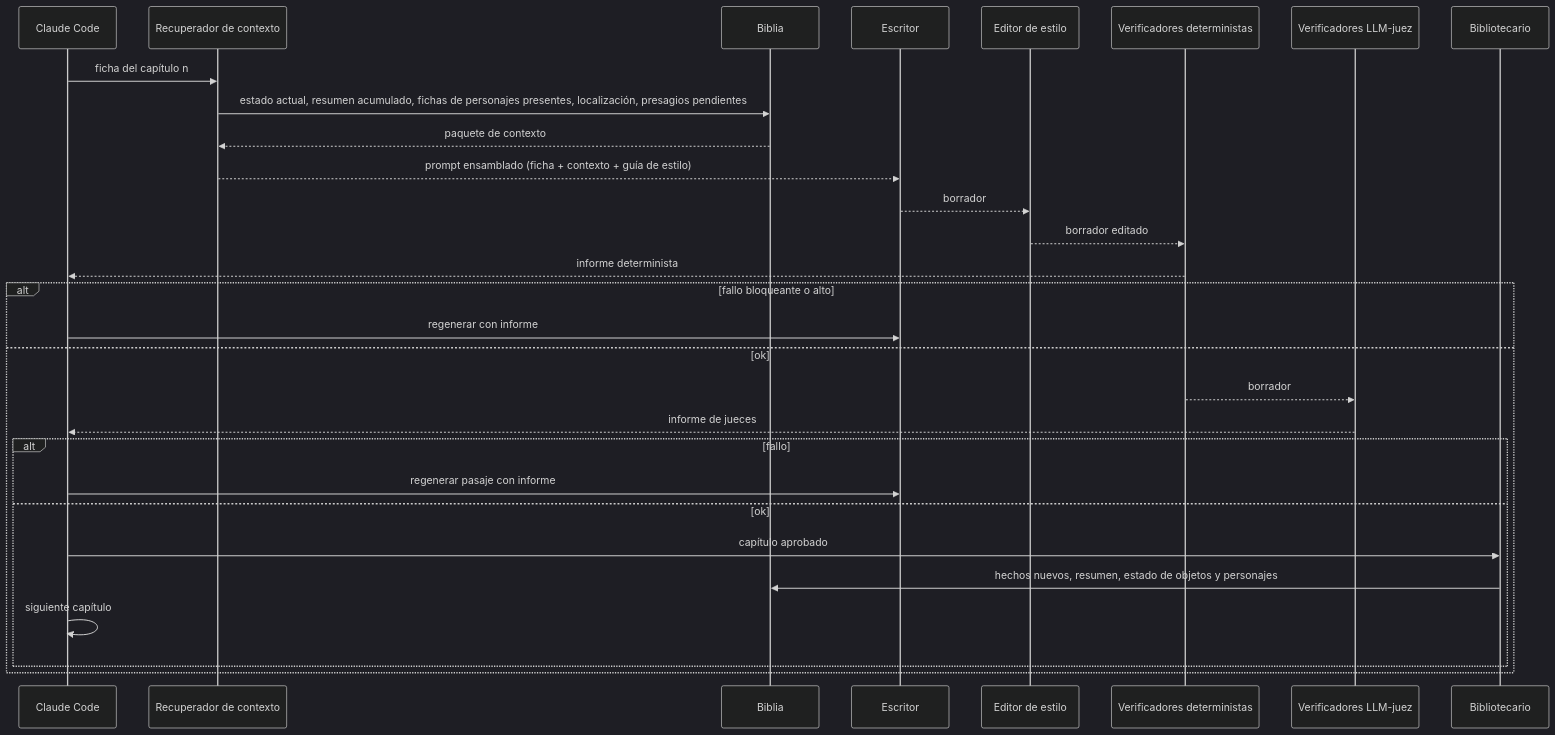
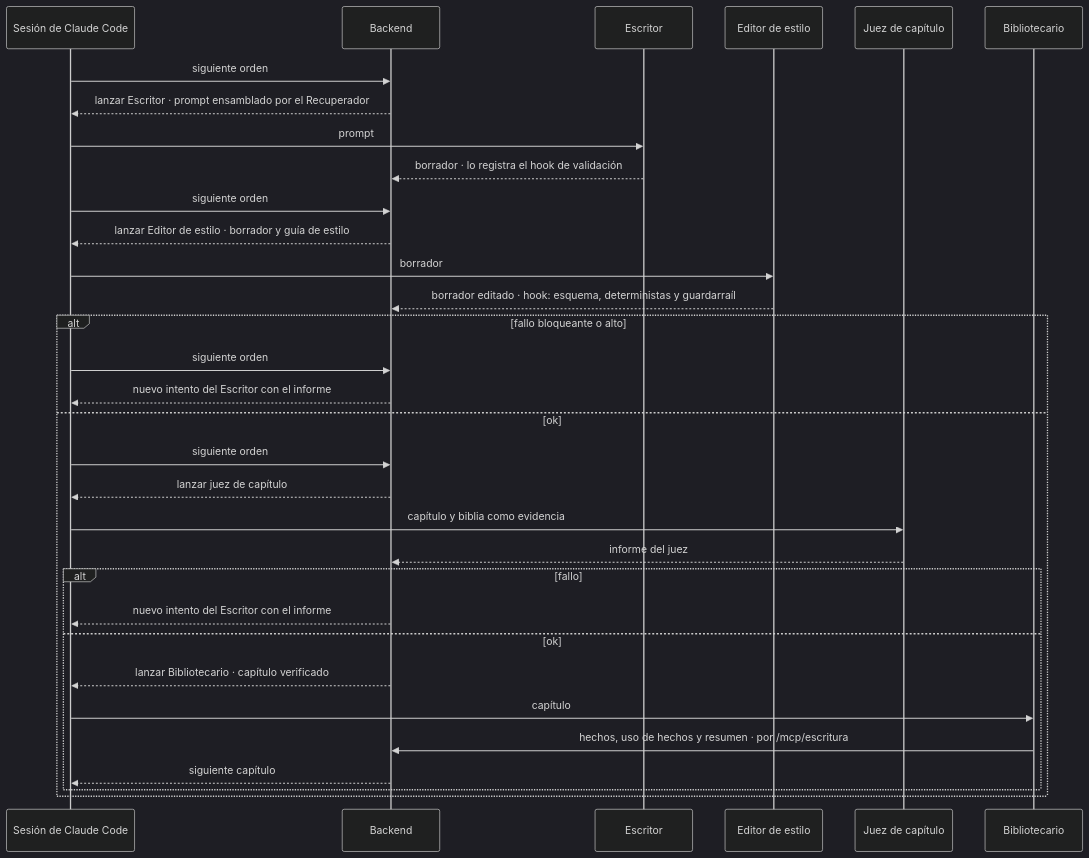
One commit to Asieribarz/my-story-marker changed the sixth of 10 diagrams in docs/architecture.md. Above: the diagram before and after it, drawn with Mermaid (dark theme). The commit also changed other lines of this file and 5 other files, not shown here.

````diff
--- a/docs/architecture.md
+++ b/docs/architecture.md
@@ -309,32 +317,35 @@
 ```mermaid
 sequenceDiagram
-  participant O as Claude Code
-  participant R as Recuperador de contexto
-  participant B as Biblia
+  participant O as Sesión de Claude Code
+  participant K as Backend
   participant W as Escritor
   participant E as Editor de estilo
-  participant VD as Verificadores deterministas
-  participant VJ as Verificadores LLM-juez
+  participant J as Juez de capítulo
   participant L as Bibliotecario
 
-  O->>R: ficha del capítulo n
-  R->>B: estado actual, resumen acumulado, fichas de personajes presentes, localización, presagios pendientes
-  B-->>R: paquete de contexto
-  R-->>W: prompt ensamblado (ficha + contexto + guía de estilo)
-  W-->>E: borrador
-  E-->>VD: borrador editado
-  VD-->>O: informe determinista
+  O->>K: siguiente orden
+  K-->>O: lanzar Escritor · prompt ensamblado por el Recuperador
+  O->>W: prompt
+  W-->>K: borrador · lo registra el hook de validación
+  O->>K: siguiente orden
+  K-->>O: lanzar Editor de estilo · borrador y guía de estilo
+  O->>E: borrador
+  E-->>K: borrador editado · hook: esquema, deterministas y guardarraíl
   alt fallo bloqueante o alto
-    O->>W: regenerar con informe
+    O->>K: siguiente orden
+    K-->>O: nuevo intento del Escritor con el informe
   else ok
-    VD-->>VJ: borrador
-    VJ-->>O: informe de jueces
+    O->>K: siguiente orden
+    K-->>O: lanzar juez de capítulo
+    O->>J: capítulo y biblia como evidencia
+    J-->>K: informe del juez
     alt fallo
-      O->>W: regenerar pasaje con informe
+      K-->>O: nuevo intento del Escritor con el informe
     else ok
-      O->>L: capítulo aprobado
-      L->>B: hechos nuevos, resumen, estado de objetos y personajes
-      O->>O: siguiente capítulo
+      K-->>O: lanzar Bibliotecario · capítulo verificado
+      O->>L: capítulo
+      L->>K: hechos, uso de hechos y resumen · por /mcp/escritura
+      K-->>O: siguiente capítulo
     end
   end
 ```
````
